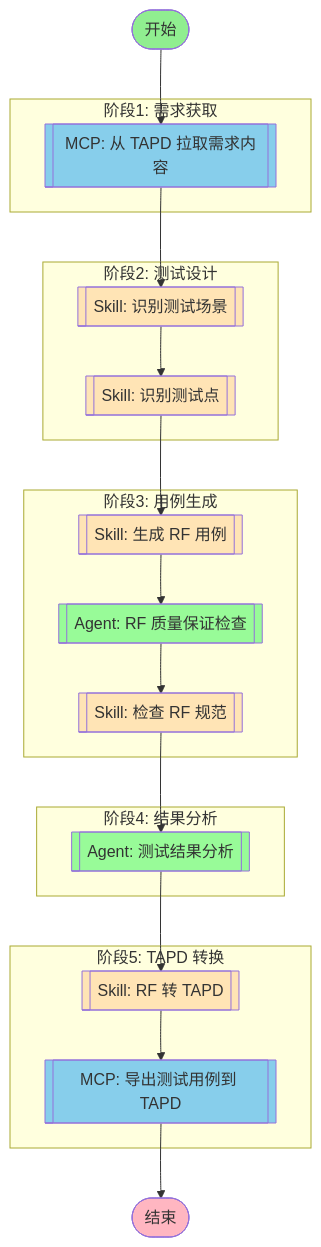
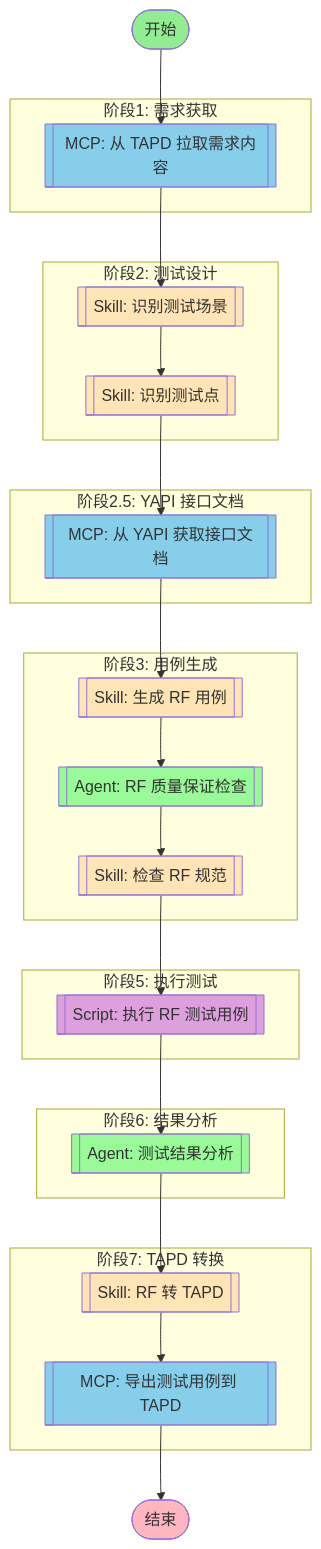
One commit to JoeyTrribbiani/rf-testing-plugin changed the diagram in 05-plugins/rf-testing/workflows/full-test-pipeline.md. Above: the diagram before and after it, drawn with Mermaid. The commit also changed other lines of this file, not shown here.

Commit message:
feat: add YAPI fetch and RF execute stages to workflow

````diff
--- a/05-plugins/rf-testing/workflows/full-test-pipeline.md
+++ b/05-plugins/rf-testing/workflows/full-test-pipeline.md
@@ -6,52 +6,64 @@
 ```mermaid
 flowchart TD
     start_node([开始])
     end_node([结束])
 
     subgraph 阶段1["阶段1: 需求获取"]
         mcp_fetch[[MCP: 从 TAPD 拉取需求内容]]
     end
 
     subgraph 阶段2["阶段2: 测试设计"]
         skill_scenario[[Skill: 识别测试场景]]
         skill_points[[Skill: 识别测试点]]
     end
 
+    subgraph 阶段2_5["阶段2.5: YAPI 接口文档"]
+        mcp_yapi[[MCP: 从 YAPI 获取接口文档]]
+    end
+
     subgraph 阶段3["阶段3: 用例生成"]
         skill_generation[[Skill: 生成 RF 用例]]
         agent_rf_qa[[Agent: RF 质量保证检查]]
         skill_validation[[Skill: 检查 RF 规范]]
     end
 
-    subgraph 阶段4["阶段4: 结果分析"]
+    subgraph 阶段5["阶段5: 执行测试"]
+        script_execute[[Script: 执行 RF 测试用例]]
+    end
+
+    subgraph 阶段6["阶段6: 结果分析"]
         agent_results[[Agent: 测试结果分析]]
     end
 
-    subgraph 阶段5["阶段5: TAPD 转换"]
+    subgraph 阶段7["阶段7: TAPD 转换"]
         skill_conversion[[Skill: RF 转 TAPD]]
         mcp_export[[MCP: 导出测试用例到 TAPD]]
     end
 
     start_node --> mcp_fetch
     mcp_fetch --> skill_scenario
     skill_scenario --> skill_points
-    skill_points --> skill_generation
+    skill_points --> mcp_yapi
+    mcp_yapi --> skill_generation
     skill_generation --> agent_rf_qa
     agent_rf_qa --> skill_validation
-    skill_validation --> agent_results
+    skill_validation --> script_execute
+    script_execute --> agent_results
     agent_results --> skill_conversion
     skill_conversion --> mcp_export
     mcp_export --> end_node
 
     style start_node fill:#90EE90
     style end_node fill:#FFB6C1
     style mcp_fetch fill:#87CEEB
+    style mcp_yapi fill:#87CEEB
     style mcp_export fill:#87CEEB
     style skill_scenario fill:#FFE4B5
     style skill_points fill:#FFE4B5
     style skill_generation fill:#FFE4B5
     style agent_rf_qa fill:#98FB98
     style skill_validation fill:#FFE4B5
+    style script_execute fill:#DDA0DD
     style agent_results fill:#98FB98
     style skill_conversion fill:#FFE4B5
 ```
````
